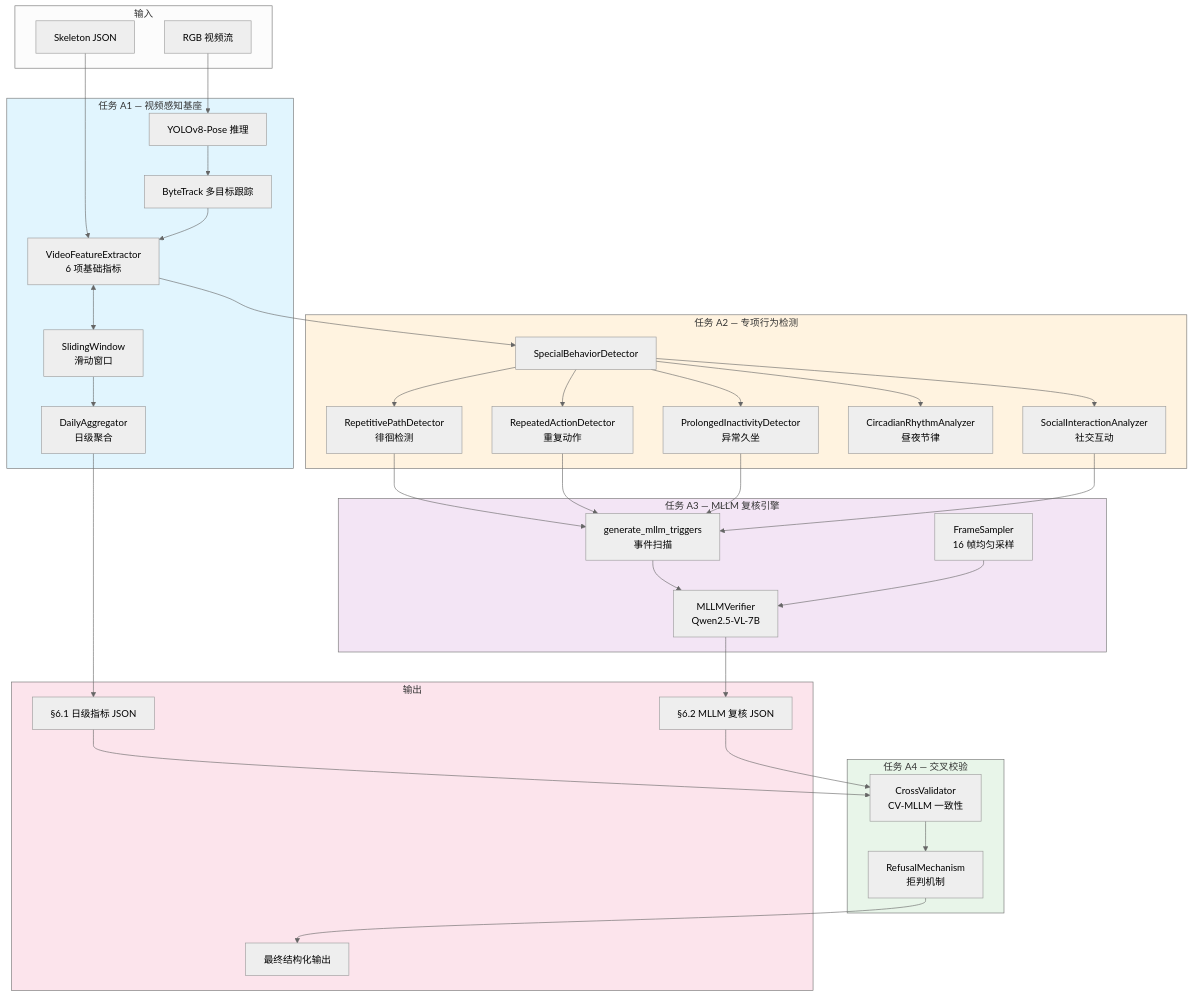
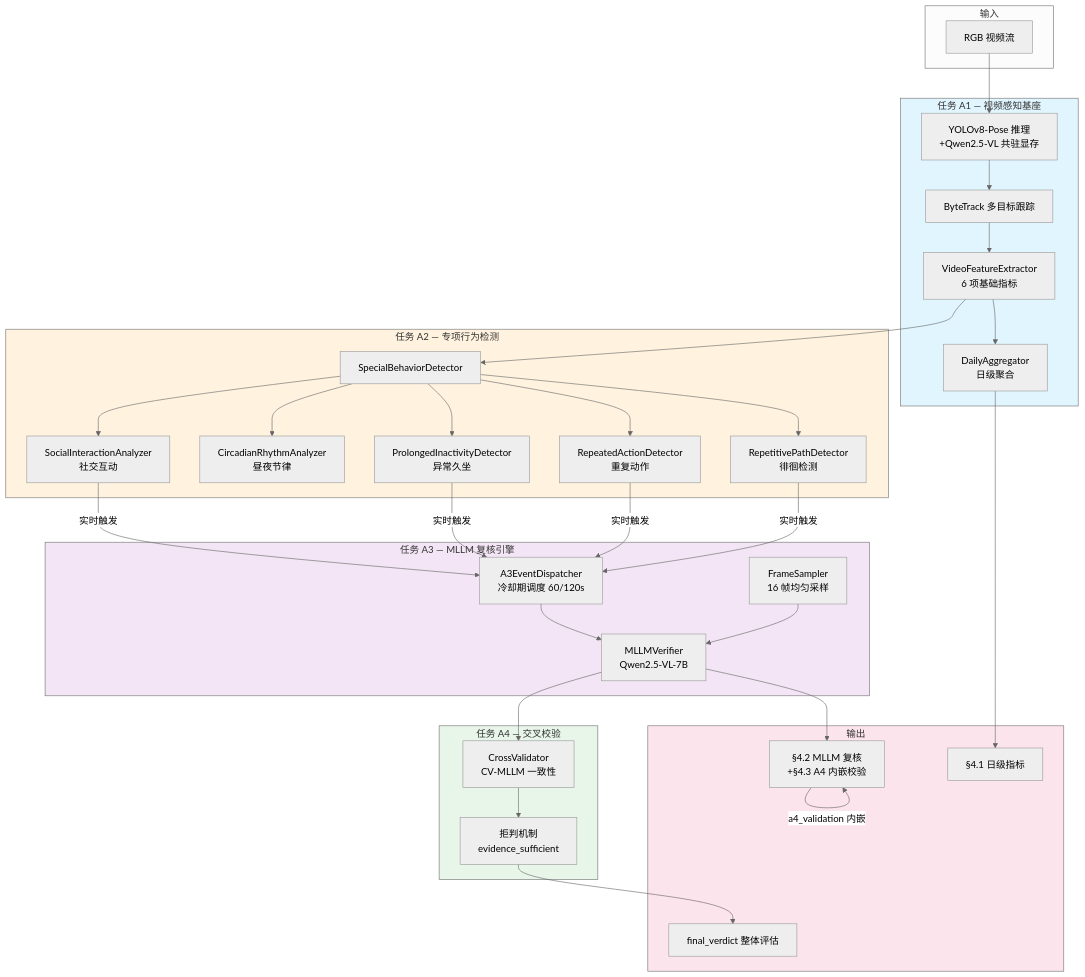
The first of 2 diagrams in README.md (nexipher/psychology_video_project), drawn with Mermaid (neutral theme) before and after one commit. The commit also changed other lines of this file and 1 other file, not shown here.

````diff
--- a/README.md
+++ b/README.md
@@ -30,57 +30,53 @@
 ```mermaid
 graph TD
     subgraph 输入
         V[RGB 视频流]
-        S[Skeleton JSON]
     end
 
     subgraph A1[任务 A1 — 视频感知基座]
-        YOLO[YOLOv8-Pose 推理]
+        YOLO[YOLOv8-Pose 推理<br/>+Qwen2.5-VL 共驻显存]
         BT[ByteTrack 多目标跟踪]
         FE[VideoFeatureExtractor<br/>6 项基础指标]
         DA[DailyAggregator<br/>日级聚合]
-        SW[SlidingWindow<br/>滑动窗口]
     end
 
     subgraph A2[任务 A2 — 专项行为检测]
         SB[SpecialBehaviorDetector]
         RP[RepetitivePathDetector<br/>徘徊检测]
         RA[RepeatedActionDetector<br/>重复动作]
         PI[ProlongedInactivityDetector<br/>异常久坐]
         CR[CircadianRhythmAnalyzer<br/>昼夜节律]
         SI[SocialInteractionAnalyzer<br/>社交互动]
     end
 
     subgraph A3[任务 A3 — MLLM 复核引擎]
-        TR[generate_mllm_triggers<br/>事件扫描]
+        DP[A3EventDispatcher<br/>冷却期调度 60/120s]
         MV[MLLMVerifier<br/>Qwen2.5-VL-7B]
         FS[FrameSampler<br/>16 帧均匀采样]
     end
 
     subgraph A4[任务 A4 — 交叉校验]
         CV[CrossValidator<br/>CV-MLLM 一致性]
-        RM[RefusalMechanism<br/>拒判机制]
+        RM[拒判机制<br/>evidence_sufficient]
     end
 
     subgraph 输出
-        O1[§6.1 日级指标 JSON]
-        O2[§6.2 MLLM 复核 JSON]
-        O3[最终结构化输出]
+        O1[§4.1 日级指标]
+        O2[§4.2 MLLM 复核<br/>+§4.3 A4 内嵌校验]
+        O3[final_verdict 整体评估]
     end
 
-    V --> YOLO
-    S --> FE
-    YOLO --> BT --> FE
-    FE <--> SW --> DA --> O1
+    V --> YOLO --> BT --> FE --> DA --> O1
     FE --> SB
     SB --> RP & RA & PI & CR & SI
-    RP & RA & PI & SI --> TR --> MV
+    RP & RA & PI & SI -->|实时触发| DP --> MV
     FS --> MV --> O2
-    O1 & O2 --> CV --> RM --> O3
+    MV --> CV --> RM --> O3
+    O2 -->|a4_validation 内嵌| O2
 
     style A1 fill:#e1f5fe
     style A2 fill:#fff3e0
     style A3 fill:#f3e5f5
     style A4 fill:#e8f5e9
     style 输出 fill:#fce4ec
 ```
````
